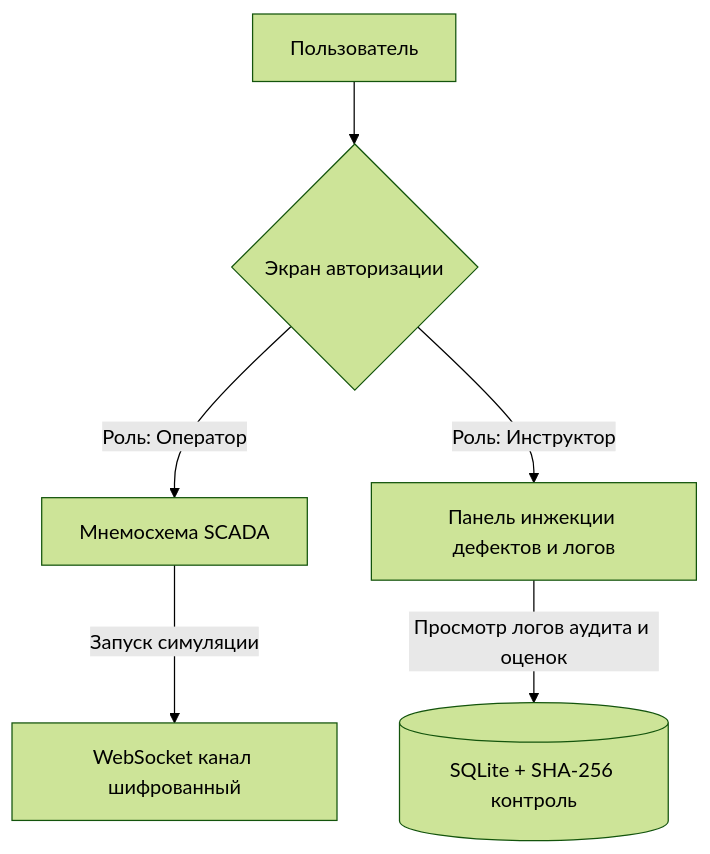
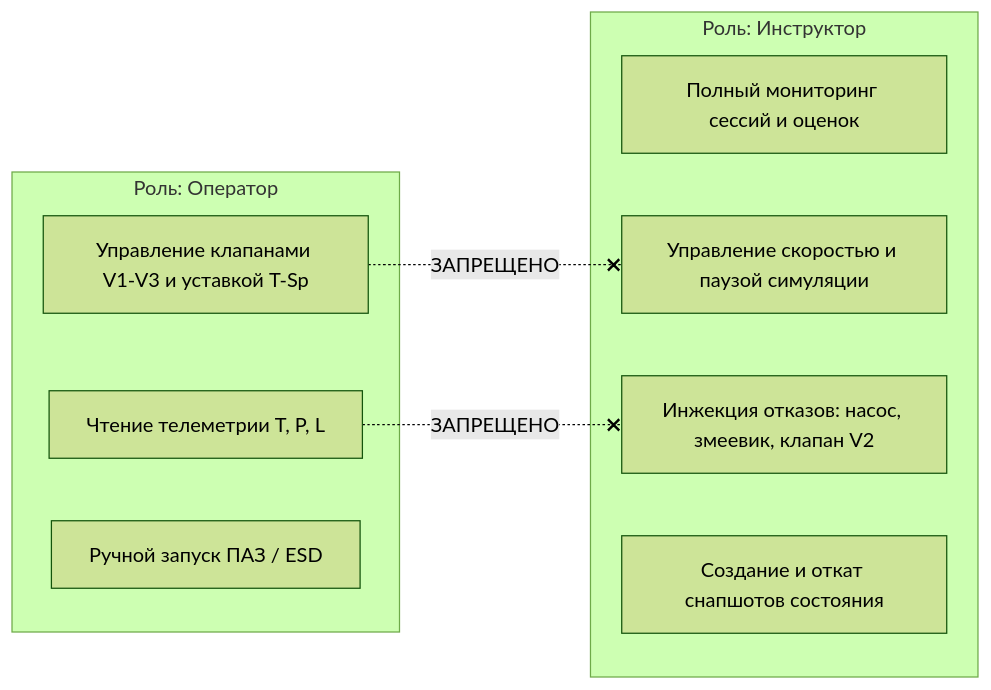
Before and after one commit to Arladnice/elou-avt-smart-tutor: the second of 3 diagrams in docs/security_threat_model.md, drawn with Mermaid (forest theme). The commit also changed other lines of this file and 9 other files, not shown here.

````diff
--- a/docs/security_threat_model.md
+++ b/docs/security_threat_model.md
@@ -11,9 +86,17 @@
 ```mermaid
-graph TD
-    User[Пользователь] --> Login{Экран авторизации}
-    Login -->|Роль: Оператор| OperatorPanel[Мнемосхема SCADA]
-    Login -->|Роль: Инструктор| InstructorPanel[Панель инжекции дефектов и логов]
-    
-    OperatorPanel -->|Запуск симуляции| WS[WebSocket канал шифрованный]
-    InstructorPanel -->|Просмотр логов аудита и оценок| DB[(SQLite + SHA-256 контроль)]
+graph LR
+    subgraph Роль: Оператор
+        Op_Read[Чтение телеметрии T, P, L]
+        Op_Write[Управление клапанами V1-V3 и уставкой T-Sp]
+        Op_ESD[Ручной запуск ПАЗ / ESD]
+    end
+    subgraph Роль: Инструктор
+        Inst_Read[Полный мониторинг сессий и оценок]
+        Inst_Ctrl[Управление скоростью и паузой симуляции]
+        Inst_Defect[Инжекция отказов: насос, змеевик, клапан V2]
+        Inst_Snap[Создание и откат снапшотов состояния]
+    end
+
+    Op_Read -.-x|ЗАПРЕЩЕНО| Inst_Defect
+    Op_Write -.-x|ЗАПРЕЩЕНО| Inst_Ctrl
 ```
````
